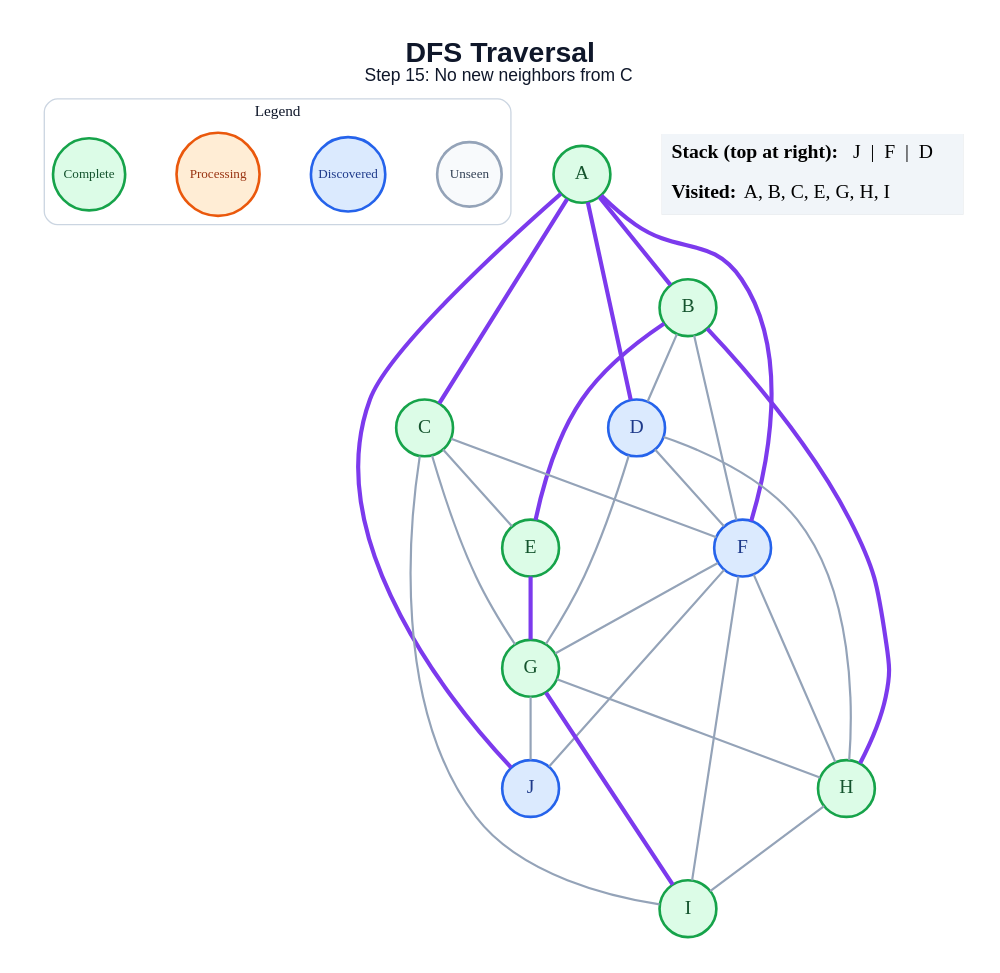
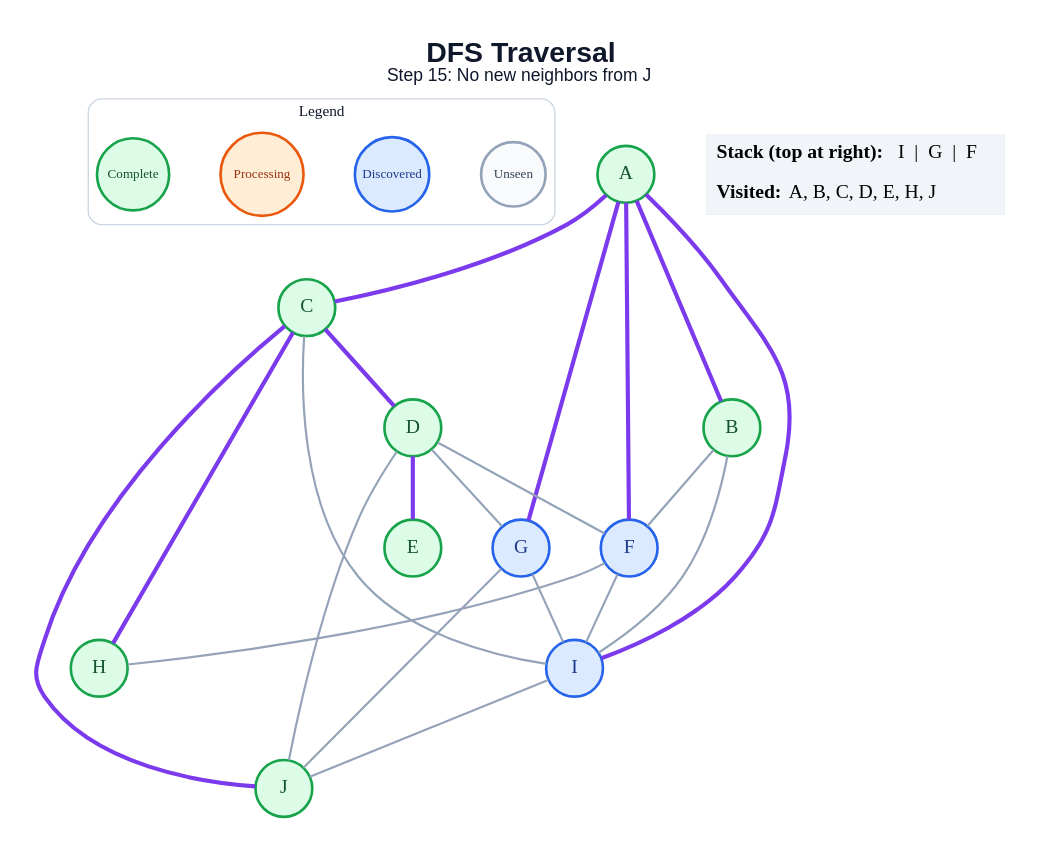
Before and after one commit to amanghodawala9/ai-slop: the diagram in generated/dfs/step_15.dot, drawn with Graphviz. The commit also changed 178 other files, not shown here.

```diff
--- a/generated/dfs/step_15.dot
+++ b/generated/dfs/step_15.dot
@@ -1,54 +1,49 @@
 graph traversal {
   graph [layout=dot, rankdir=TB, bgcolor="#FFFFFF", pad="0.35", nodesep="0.65", ranksep="0.8", fontname="Arial"];
   node [shape=circle, style="filled", fontname="Arial Bold", fontsize=18, width=0.72, fixedsize=true, penwidth=2.4];
   edge [color="#94A3B8", penwidth=2.0];
-  label=<<B>DFS Traversal</B><BR/><FONT POINT-SIZE="16">Step 15: No new neighbors from C</FONT>>; labelloc="t"; fontsize=26; fontname="Arial"; fontcolor="#0F172A";
+  label=<<B>DFS Traversal</B><BR/><FONT POINT-SIZE="16">Step 15: No new neighbors from J</FONT>>; labelloc="t"; fontsize=26; fontname="Arial"; fontcolor="#0F172A";
   subgraph cluster_legend { label="Legend"; color="#CBD5E1"; penwidth=1.2; style="rounded"; fontsize=14; fontname="Arial Bold";
     key_unseen [label="Unseen", fillcolor="#F8FAFC", color="#94A3B8", fontcolor="#334155", fontsize=12, width=0.82];
     key_frontier [label="Discovered", fillcolor="#DBEAFE", color="#2563EB", fontcolor="#1E3A8A", fontsize=12, width=0.95];
     key_current [label="Processing", fillcolor="#FFEDD5", color="#EA580C", fontcolor="#9A3412", fontsize=12, width=1.05];
     key_done [label="Complete", fillcolor="#DCFCE7", color="#16A34A", fontcolor="#14532D", fontsize=12, width=0.92];
     { rank=same; key_unseen; key_frontier; key_current; key_done; }
   }
   A [fillcolor="#DCFCE7", color="#16A34A", fontcolor="#14532D"];
   B [fillcolor="#DCFCE7", color="#16A34A", fontcolor="#14532D"];
   C [fillcolor="#DCFCE7", color="#16A34A", fontcolor="#14532D"];
-  D [fillcolor="#DBEAFE", color="#2563EB", fontcolor="#1E3A8A"];
+  D [fillcolor="#DCFCE7", color="#16A34A", fontcolor="#14532D"];
   E [fillcolor="#DCFCE7", color="#16A34A", fontcolor="#14532D"];
   F [fillcolor="#DBEAFE", color="#2563EB", fontcolor="#1E3A8A"];
-  G [fillcolor="#DCFCE7", color="#16A34A", fontcolor="#14532D"];
+  G [fillcolor="#DBEAFE", color="#2563EB", fontcolor="#1E3A8A"];
   H [fillcolor="#DCFCE7", color="#16A34A", fontcolor="#14532D"];
-  I [fillcolor="#DCFCE7", color="#16A34A", fontcolor="#14532D"];
-  J [fillcolor="#DBEAFE", color="#2563EB", fontcolor="#1E3A8A"];
+  I [fillcolor="#DBEAFE", color="#2563EB", fontcolor="#1E3A8A"];
+  J [fillcolor="#DCFCE7", color="#16A34A", fontcolor="#14532D"];
   A -- B [color="#7C3AED", penwidth=3.8];
   A -- C [color="#7C3AED", penwidth=3.8];
-  A -- D [color="#7C3AED", penwidth=3.8];
   A -- F [color="#7C3AED", penwidth=3.8];
-  A -- J [color="#7C3AED", penwidth=3.8];
-  B -- D;
-  B -- E [color="#7C3AED", penwidth=3.8];
+  A -- G [color="#7C3AED", penwidth=3.8];
+  A -- I [color="#7C3AED", penwidth=3.8];
   B -- F;
-  B -- H [color="#7C3AED", penwidth=3.8];
-  C -- E;
-  C -- F;
-  C -- G;
+  B -- I;
+  C -- D [color="#7C3AED", penwidth=3.8];
+  C -- H [color="#7C3AED", penwidth=3.8];
   C -- I;
+  C -- J [color="#7C3AED", penwidth=3.8];
+  D -- E [color="#7C3AED", penwidth=3.8];
   D -- F;
   D -- G;
-  D -- H;
-  E -- G [color="#7C3AED", penwidth=3.8];
-  F -- G;
+  D -- J;
   F -- H;
   F -- I;
-  F -- J;
-  G -- H;
-  G -- I [color="#7C3AED", penwidth=3.8];
+  G -- I;
   G -- J;
-  H -- I;
+  I -- J;
   status [shape=plain, fixedsize=false, width=0, height=0, margin=0, label=<
     <TABLE BORDER="0" CELLBORDER="0" CELLPADDING="7" BGCOLOR="#F1F5F9">
-      <TR><TD ALIGN="LEFT"><B>Stack (top at right):</B> J  |  F  |  D</TD></TR>
-      <TR><TD ALIGN="LEFT"><B>Visited:</B> A, B, C, E, G, H, I</TD></TR>
+      <TR><TD ALIGN="LEFT"><B>Stack (top at right):</B> I  |  G  |  F</TD></TR>
+      <TR><TD ALIGN="LEFT"><B>Visited:</B> A, B, C, D, E, H, J</TD></TR>
     </TABLE>
   >];
 }
```
